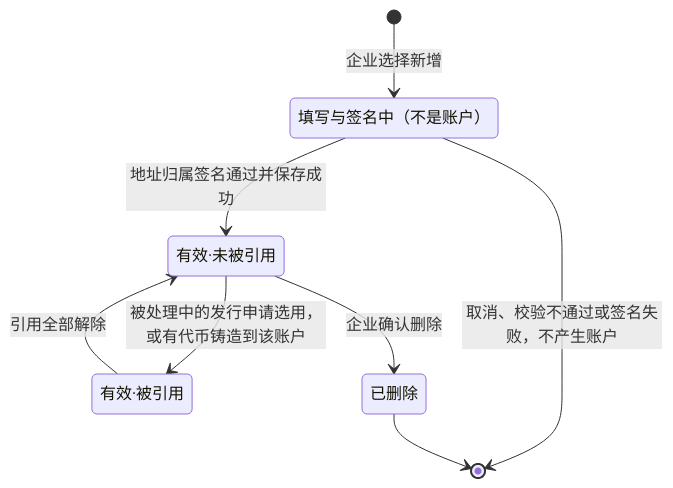
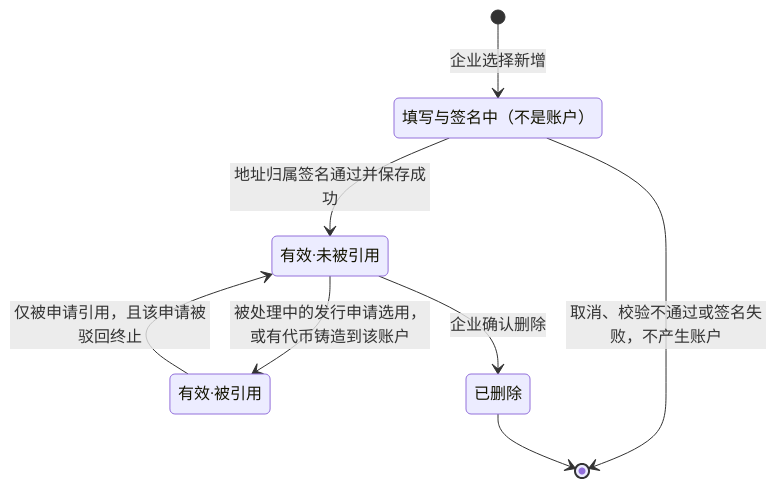
One commit to wxblockchain/Chain-Financing changed the eighth of 8 diagrams in token-issuance-platform/PRD/v1.0-企业登录与企业账户-流程图与状态机.md. Above: the diagram before and after it, drawn with Mermaid. The commit also changed other lines of this file and 2 other files, not shown here.

````diff
--- a/token-issuance-platform/PRD/v1.0-企业登录与企业账户-流程图与状态机.md
+++ b/token-issuance-platform/PRD/v1.0-企业登录与企业账户-流程图与状态机.md
@@ -150,14 +183,14 @@
 ```mermaid
 stateDiagram-v2
     state "填写与签名中（不是账户）" as A0
     state "有效·未被引用" as A1
     state "有效·被引用" as A2
     state "已删除" as A3
     [*] --> A0: 企业选择新增
     A0 --> [*]: 取消、校验不通过或签名失败，不产生账户
     A0 --> A1: 地址归属签名通过并保存成功
     A1 --> A2: 被处理中的发行申请选用，或有代币铸造到该账户
-    A2 --> A1: 引用全部解除
+    A2 --> A1: 仅被申请引用，且该申请被驳回终止
     A1 --> A3: 企业确认删除
     A3 --> [*]
 ```
````
